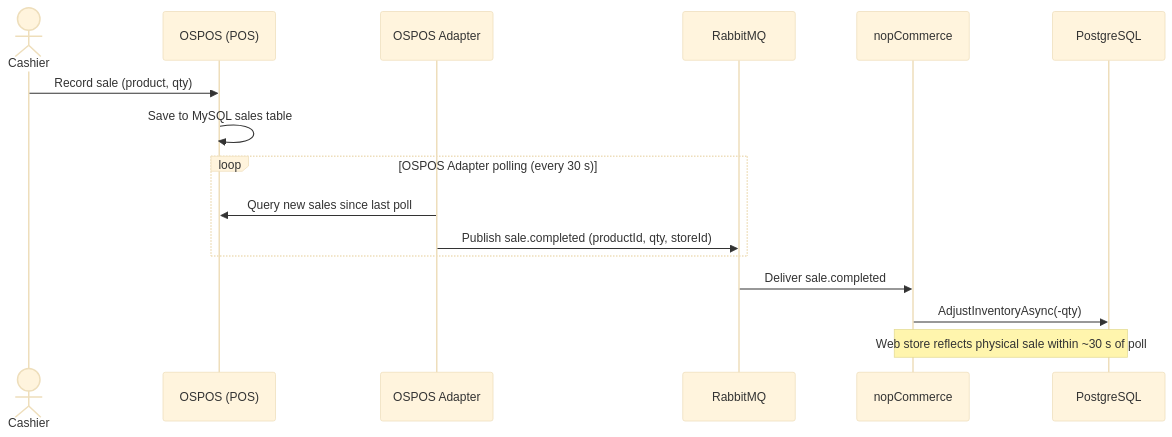
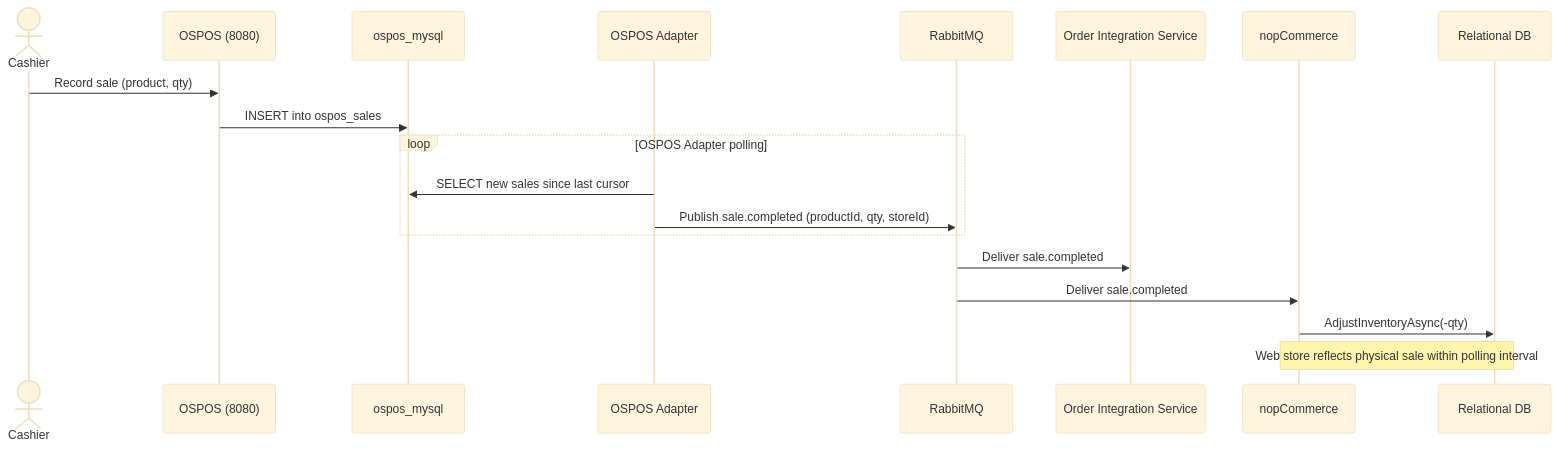
One commit to AS-Assignment2/AS-2-NopCommerce changed the eighth of 11 diagrams in docs/architecture-report.md. Above: the diagram before and after it, drawn with Mermaid (base theme). The commit also changed other lines of this file and 24 other files, not shown here.

````diff
--- a/docs/architecture-report.md
+++ b/docs/architecture-report.md
@@ -455,21 +482,24 @@
 ```mermaid
 sequenceDiagram
     actor Cashier
-    participant OSPOS as OSPOS (POS)
+    participant OSPOS as OSPOS (8080)
+    participant MySQL as ospos_mysql
     participant Adapter as OSPOS Adapter
     participant RMQ as RabbitMQ
+    participant IntSvc as Order Integration Service
     participant NOP as nopCommerce
-    participant DB as PostgreSQL
+    participant DB as Relational DB
 
     Cashier->>OSPOS: Record sale (product, qty)
-    OSPOS->>OSPOS: Save to MySQL sales table
+    OSPOS->>MySQL: INSERT into ospos_sales
 
-    loop OSPOS Adapter polling (every 30 s)
-        Adapter->>OSPOS: Query new sales since last poll
+    loop OSPOS Adapter polling
+        Adapter->>MySQL: SELECT new sales since last cursor
         Adapter->>RMQ: Publish sale.completed (productId, qty, storeId)
     end
 
+    RMQ->>IntSvc: Deliver sale.completed
     RMQ->>NOP: Deliver sale.completed
     NOP->>DB: AdjustInventoryAsync(-qty)
-    Note over NOP,DB: Web store reflects physical sale within ~30 s of poll
+    Note over NOP,DB: Web store reflects physical sale within polling interval
 ```
````
